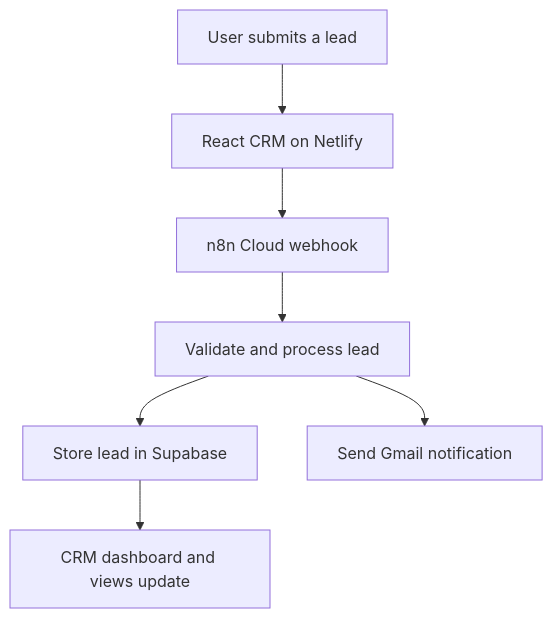
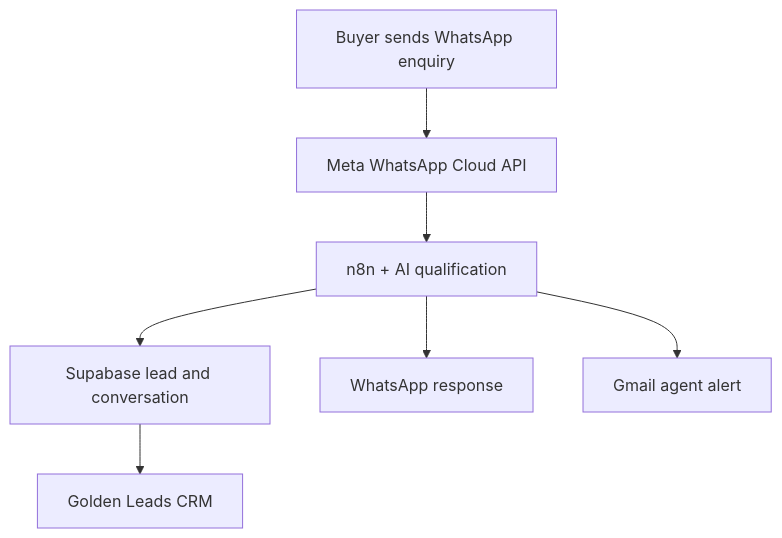
One commit to YonatanMoges/golden-leads-uae changed the diagram in README.md. Above: the diagram before and after it, drawn with Mermaid. The commit also changed other lines of this file, not shown here.

Commit message:
docs: refresh Golden Leads WhatsApp AI showcase

````diff
--- a/README.md
+++ b/README.md
@@ -110,9 +57,9 @@
 ```mermaid
 flowchart TD
-    A[User submits a lead] --> B[React CRM on Netlify]
-    B --> C[n8n Cloud webhook]
-    C --> D[Validate and process lead]
-    D --> E[Store lead in Supabase]
-    D --> F[Send Gmail notification]
-    E --> G[CRM dashboard and views update]
+  A["Buyer sends WhatsApp enquiry"] --> B["Meta WhatsApp Cloud API"]
+  B --> C["n8n + AI qualification"]
+  C --> D["Supabase lead and conversation"]
+  D --> E["Golden Leads CRM"]
+  C --> F["WhatsApp response"]
+  C --> G["Gmail agent alert"]
 ```
````
